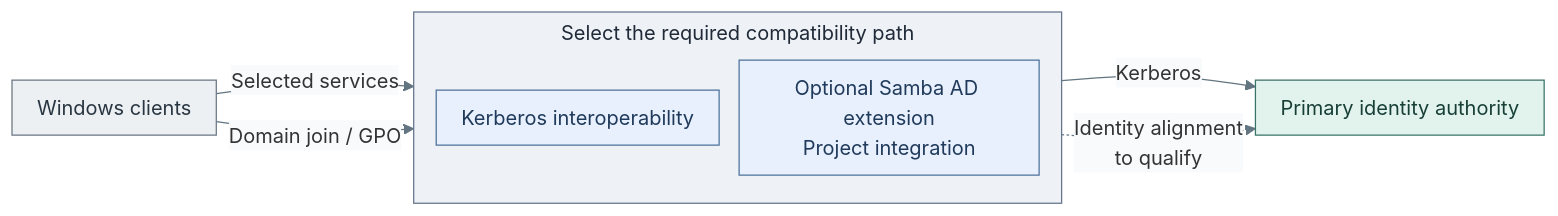
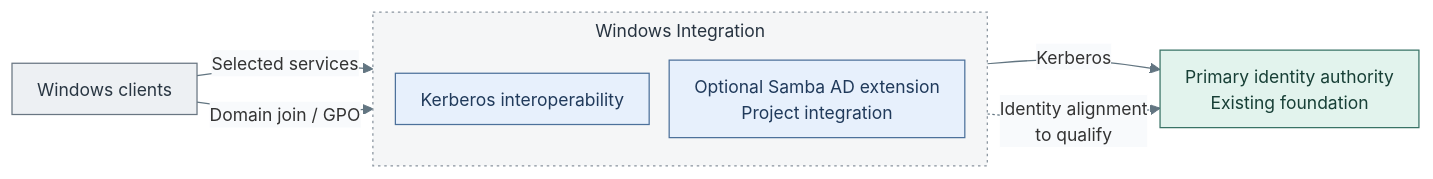
The diagram in docs/01-architecture/09-identity/01-windows-integration.md (Rexus/homelab), drawn with Mermaid before and after one commit. The commit also changed 124 other files, not shown here.

First line of the commit message:
fix(platform): align service diagrams and directory failover

````diff
--- a/docs/01-architecture/09-identity/01-windows-integration.md
+++ b/docs/01-architecture/09-identity/01-windows-integration.md
@@ -9,23 +9,24 @@
 ```mermaid
-%%{init: {"theme":"base","flowchart":{"nodeSpacing":16,"rankSpacing":20,"padding":10,"subGraphTitleMargin":{"top":4,"bottom":12}},"themeVariables":{"lineColor":"#627581","edgeLabelBackground":"#f8fafc"}}}%%
+%%{init: {"theme":"base","flowchart":{"nodeSpacing":16,"rankSpacing":20,"padding":10,"subGraphTitleMargin":{"top":4,"bottom":12}},"themeVariables":{"lineColor":"#627581","edgeLabelBackground":"#f8fafc","fontFamily":"Arial, sans-serif","fontSize":"14px"},"fontFamily":"Arial, sans-serif"}}%%
 flowchart LR
   Windows["Windows clients"] -->|"Selected services"| Kerberos
   Windows -->|"Domain join / GPO"| Domain
-  subgraph Options["Select the required compatibility path"]
+  subgraph Options["Windows Integration"]
     direction TB
     Kerberos["Kerberos interoperability"]
     Domain["Optional Samba AD extension<br/>Project integration"]
   end
   Authority["Primary identity authority<br/>Existing foundation"]
-  Kerberos -->|"Kerberos"| Authority["Primary identity authority"]
+  Kerberos -->|"Kerberos"| Authority
   Domain -.->|"Identity alignment<br/>to qualify"| Authority
   classDef default fill:#f8fafc,stroke:#64748b,color:#1f2937
   classDef actor fill:#edf0f3,stroke:#697682,color:#293642
   classDef services fill:#e7f0fc,stroke:#4d719b,color:#203a5b
   classDef control fill:#e2f3ed,stroke:#397366,color:#173f36
   classDef boundary fill:#eef2f6,stroke:#64748b,color:#1f2937
   class Windows actor
-  class Options boundary
   class Kerberos,Domain services
   class Authority control
+  classDef group fill:#f5f6f7,stroke:#89939e,color:#273340,stroke-dasharray:2 3
+  class Options group
 ```
````
